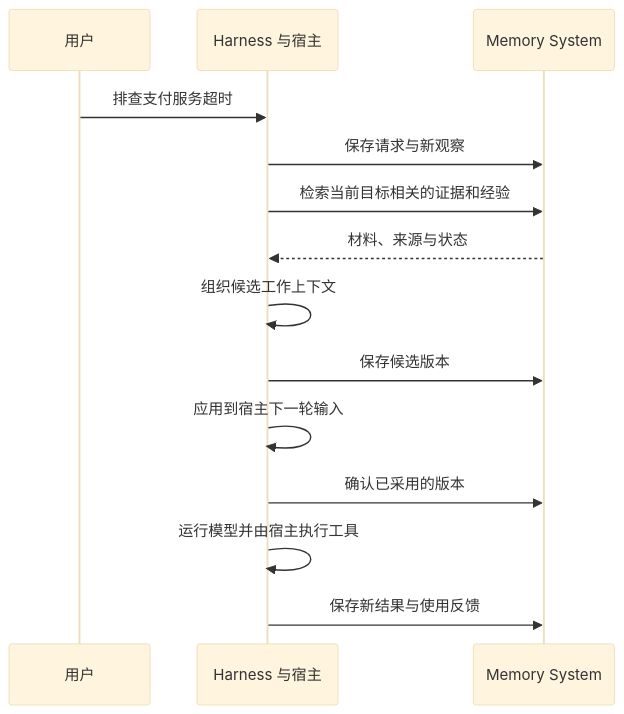
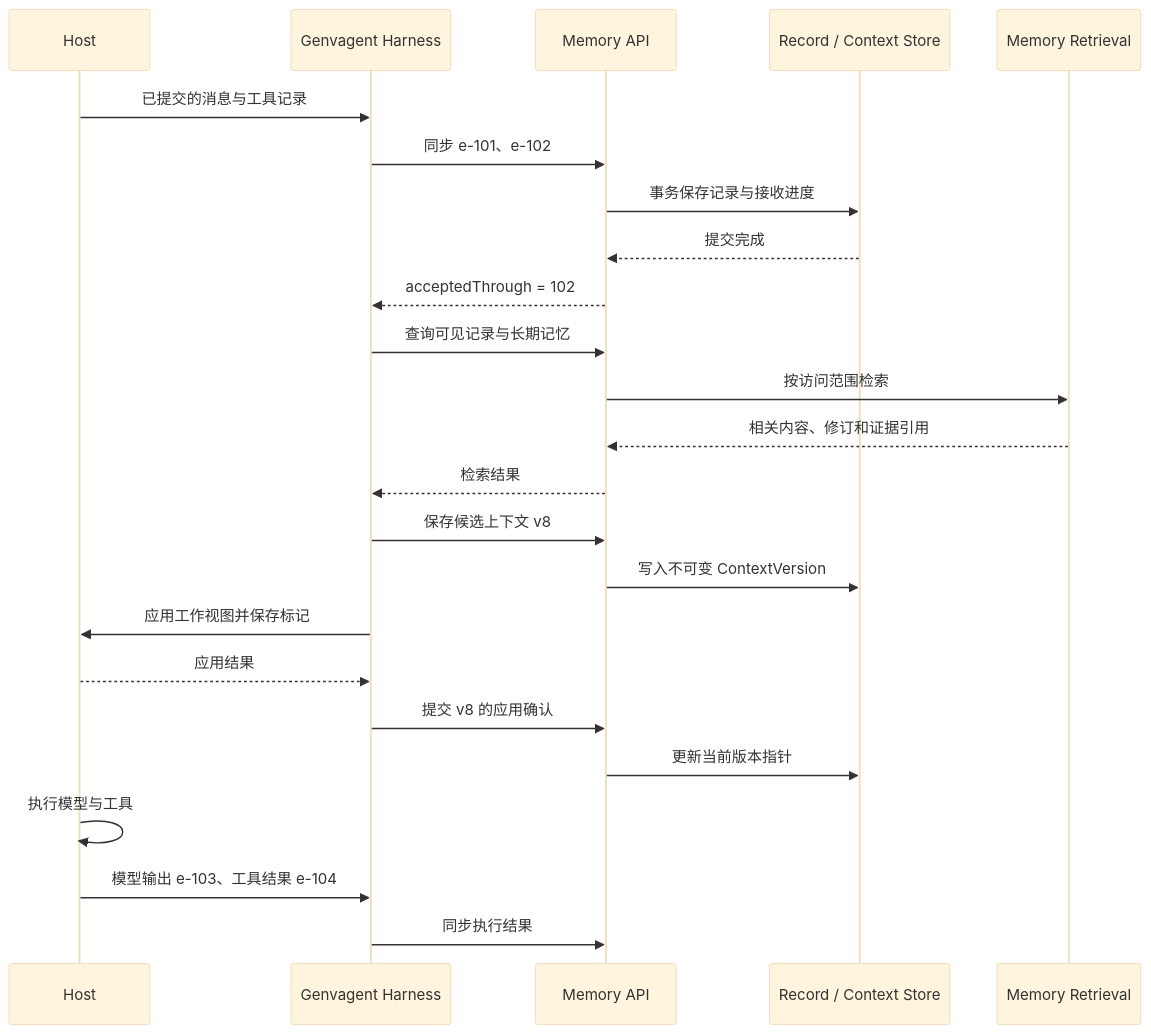
The diagram in docs/integration-protocol.md (langsfang/ga), drawn with Mermaid (base theme) before and after one commit. The commit also changed other lines of this file and 4 other files, not shown here.

````diff
--- a/docs/integration-protocol.md
+++ b/docs/integration-protocol.md
@@ -86,16 +162,26 @@
 ```mermaid
 sequenceDiagram
-    participant U as 用户
-    participant H as Harness 与宿主
-    participant M as Memory System
-    U->>H: 排查支付服务超时
-    H->>M: 保存请求与新观察
-    H->>M: 检索当前目标相关的证据和经验
-    M-->>H: 材料、来源与状态
-    H->>H: 组织候选工作上下文
-    H->>M: 保存候选版本
-    H->>H: 应用到宿主下一轮输入
-    H->>M: 确认已采用的版本
-    H->>H: 运行模型并由宿主执行工具
-    H->>M: 保存新结果与使用反馈
+    participant H as Host
+    participant G as Genvagent Harness
+    participant A as Memory API
+    participant S as Record / Context Store
+    participant R as Memory Retrieval
+    H->>G: 已提交的消息与工具记录
+    G->>A: 同步 e-101、e-102
+    A->>S: 事务保存记录与接收进度
+    S-->>A: 提交完成
+    A-->>G: acceptedThrough = 102
+    G->>A: 查询可见记录与长期记忆
+    A->>R: 按访问范围检索
+    R-->>A: 相关内容、修订和证据引用
+    A-->>G: 检索结果
+    G->>A: 保存候选上下文 v8
+    A->>S: 写入不可变 ContextVersion
+    G->>H: 应用工作视图并保存标记
+    H-->>G: 应用结果
+    G->>A: 提交 v8 的应用确认
+    A->>S: 更新当前版本指针
+    H->>H: 执行模型与工具
+    H->>G: 模型输出 e-103、工具结果 e-104
+    G->>A: 同步执行结果
 ```
````
